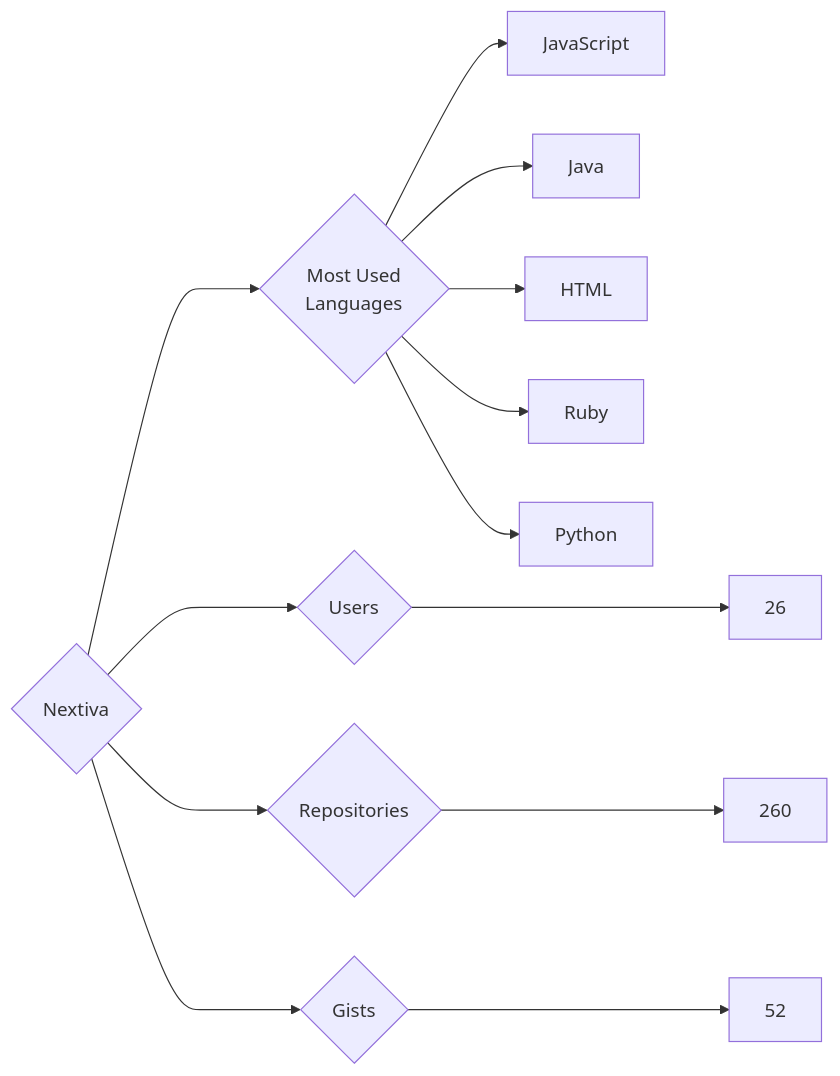
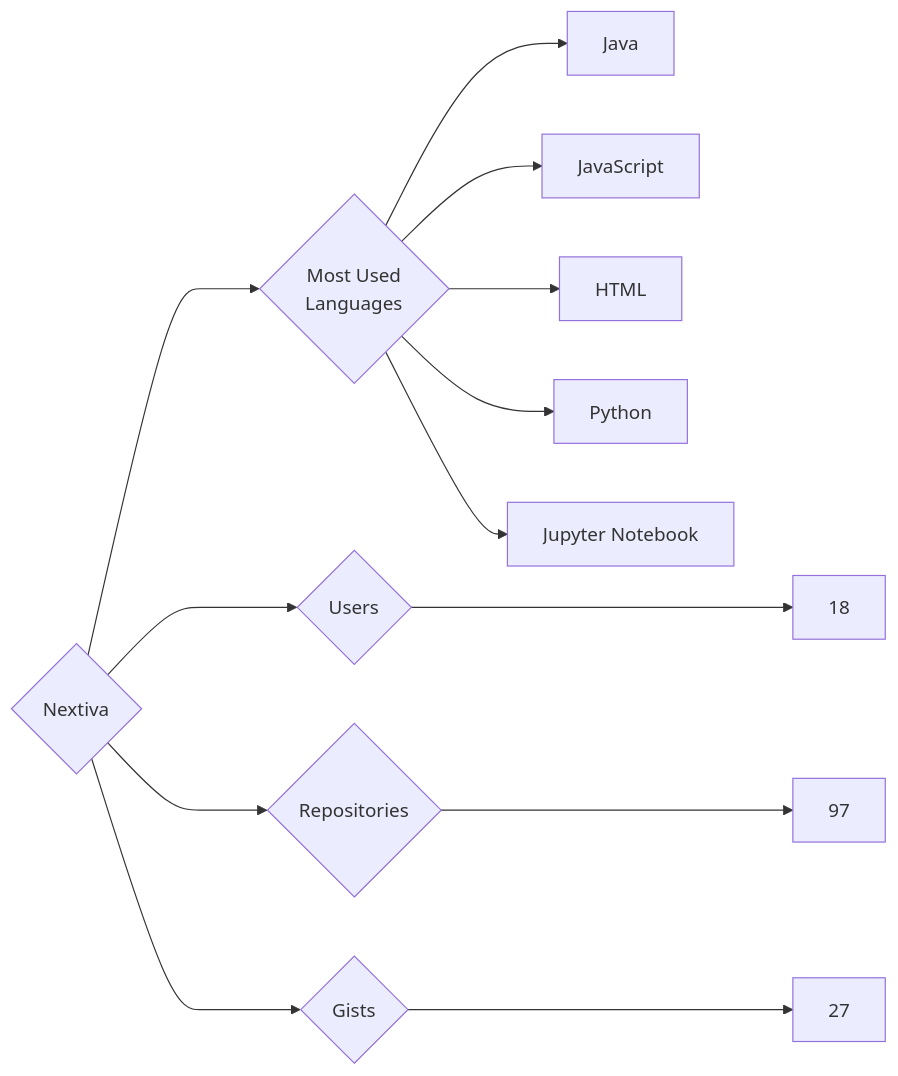
Before and after one commit to trickest/insiders: the diagram in targets/Nextiva/README.md, drawn with Mermaid. The commit also changed 948 other files, not shown here.

````diff
--- a/targets/Nextiva/README.md
+++ b/targets/Nextiva/README.md
@@ -3,13 +3,13 @@
 ```mermaid
 graph LR
 COMPANY_NAME{Nextiva}
-COMPANY_NAME ---> U{Users} ---> UN[26]
-COMPANY_NAME ---> R{Repositories} ---> RN[260]
-COMPANY_NAME ---> G{Gists} ---> GN[52]
+COMPANY_NAME ---> U{Users} ---> UN[18]
+COMPANY_NAME ---> R{Repositories} ---> RN[97]
+COMPANY_NAME ---> G{Gists} ---> GN[27]
 COMPANY_NAME ---> ML{Most Used<br>Languages}
+ML --> Java[Java]
 ML --> JavaScript[JavaScript]
-ML --> Java[Java]
 ML --> HTML[HTML]
-ML --> Ruby[Ruby]
 ML --> Python[Python]
+ML --> Jupyter_Notebook[Jupyter Notebook]
 ```
````
